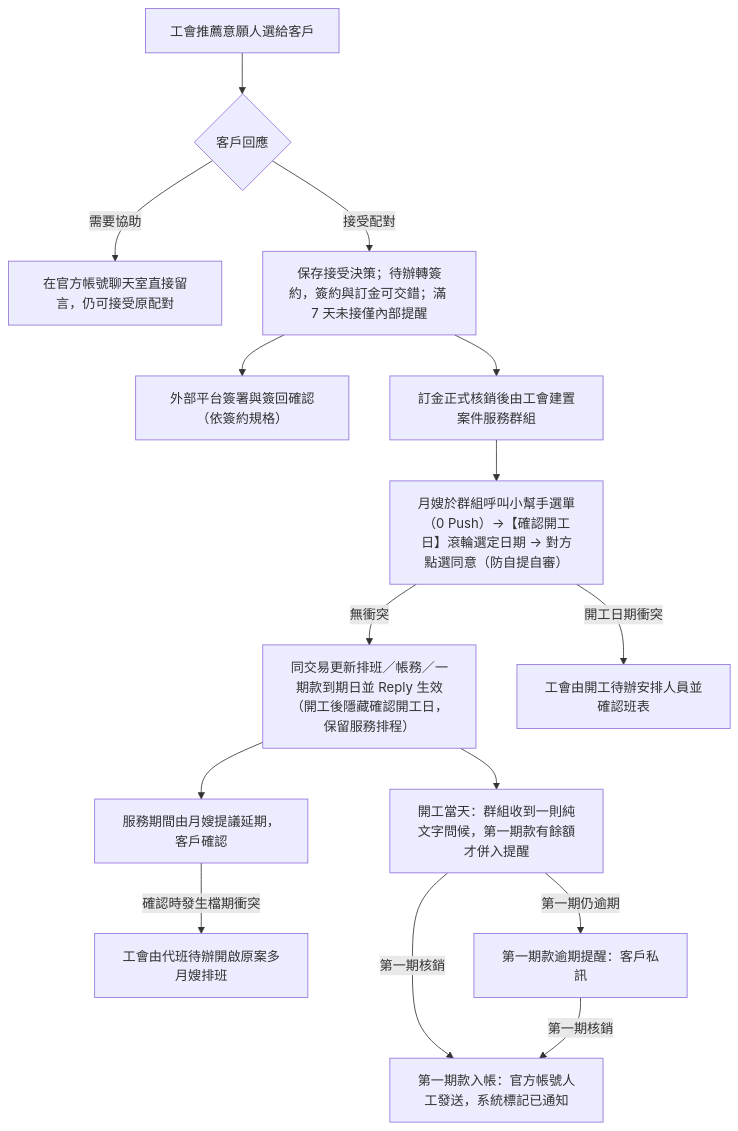
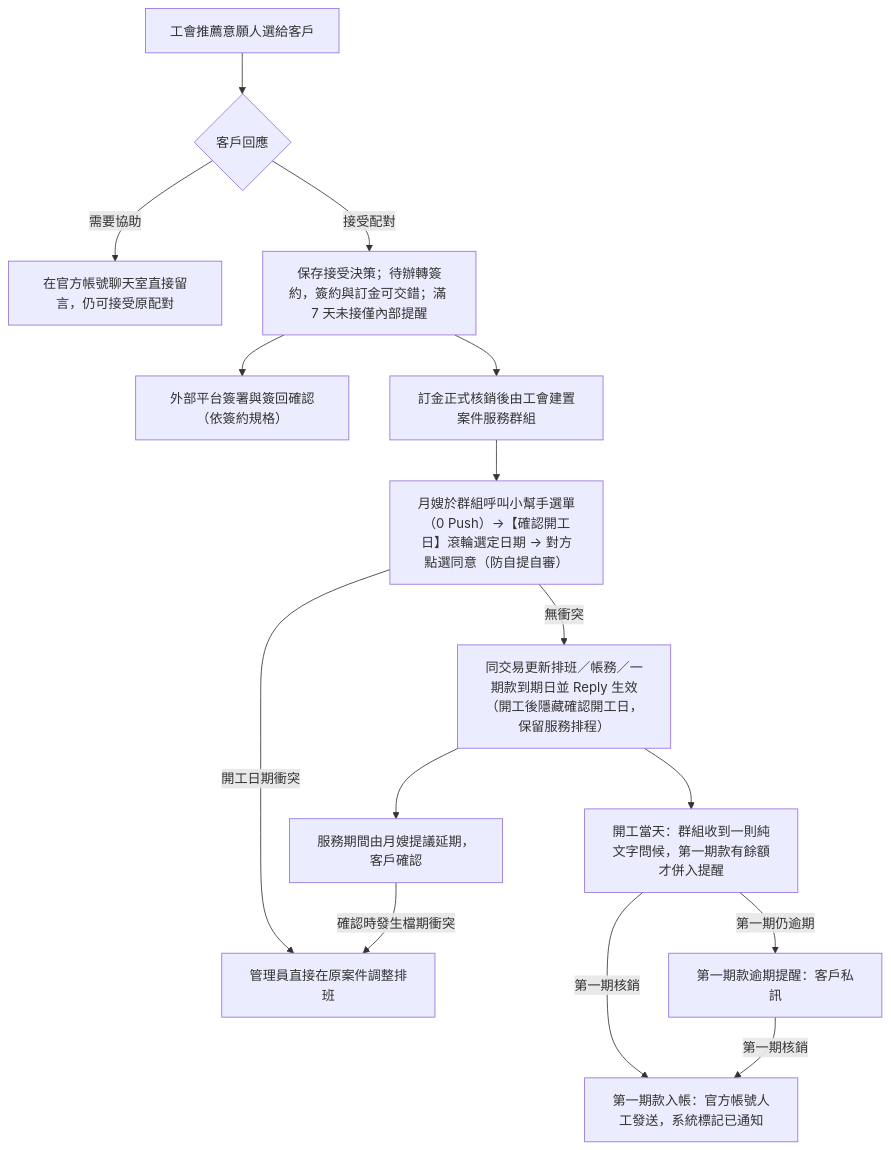
The third of 3 diagrams in document/架構重整/01_規格基線/26_LINE四大模組Eraser流程圖轉錄與驗收基線.md (chrishzc/Labor_union), drawn with Mermaid before and after one commit. The commit also changed other lines of this file and 90 other files, not shown here.

````diff
--- a/document/架構重整/01_規格基線/26_LINE四大模組Eraser流程圖轉錄與驗收基線.md
+++ b/document/架構重整/01_規格基線/26_LINE四大模組Eraser流程圖轉錄與驗收基線.md
@@ -112,17 +112,17 @@
 ```mermaid
 flowchart TD
   A["工會推薦意願人選給客戶"] --> B{"客戶回應"}
   B -->|需要協助| C["在官方帳號聊天室直接留言，仍可接受原配對"]
   B -->|接受配對| D["保存接受決策；待辦轉簽約，簽約與訂金可交錯；滿 7 天未接僅內部提醒"]
   D --> S["外部平台簽署與簽回確認（依簽約規格）"]
   D --> E["訂金正式核銷後由工會建置案件服務群組"]
   E --> F["月嫂於群組呼叫小幫手選單（0 Push）→【確認開工日】滾輪選定日期 → 對方點選同意（防自提自審）"]
   F -->|無衝突| G["同交易更新排班／帳務／一期款到期日並 Reply 生效（開工後隱藏確認開工日，保留服務排程）"]
-  F -->|開工日期衝突| H["工會由開工待辦安排人員並確認班表"]
+  F -->|開工日期衝突| H["管理員直接在原案件調整排班"]
   G --> M["服務期間由月嫂提議延期，客戶確認"]
-  M -->|確認時發生檔期衝突| L["工會由代班待辦開啟原案多月嫂排班"]
+  M -->|確認時發生檔期衝突| H
   G --> I["開工當天：群組收到一則純文字問候，第一期款有餘額才併入提醒"]
   I -->|第一期仍逾期| J["第一期款逾期提醒：客戶私訊"]
   I -->|第一期核銷| K["第一期款入帳：官方帳號人工發送，系統標記已通知"]
   J -->|第一期核銷| K
 ```
````
